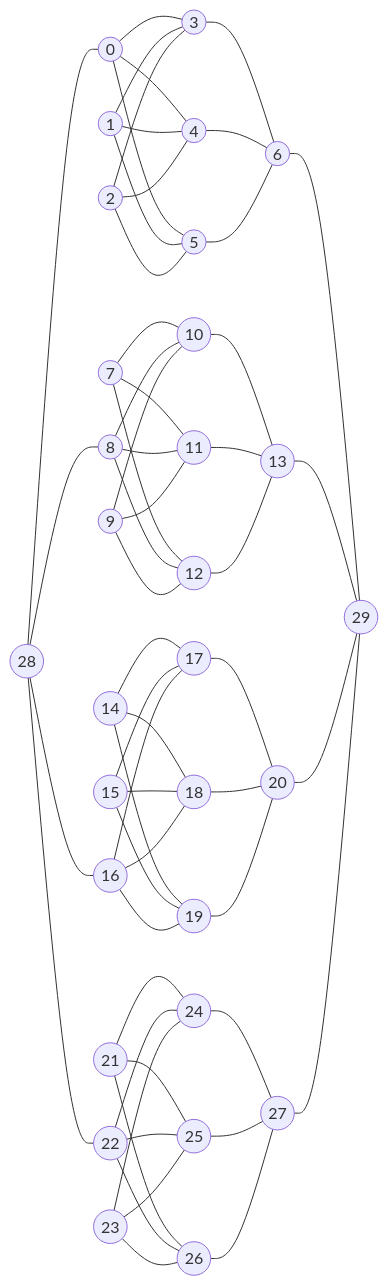
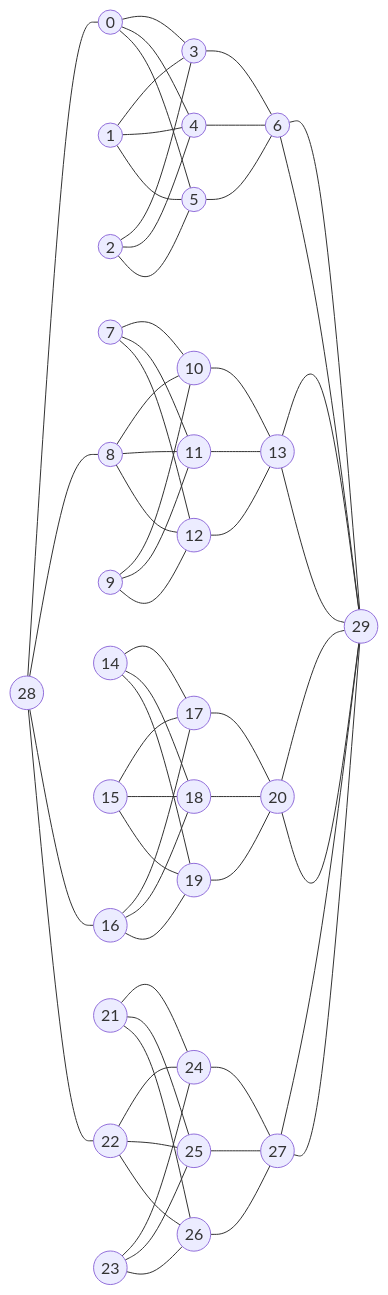
The fifth of 5 diagrams in sem2/AuW/UE/cx/bf/cx12-great-harvest.md (bfeitknecht/vault), drawn with Mermaid before and after one commit. The commit also changed 1 other file, not shown here.

Commit message:
backup: 2024-07-15T08:48:28+02:00 from MacBook Pro (echo)
Affected files:
.obsidian/vault-stats.json
sem2/AuW/UE/cx/bf/cx12-great-harvest.md

````diff
--- a/sem2/AuW/UE/cx/bf/cx12-great-harvest.md
+++ b/sem2/AuW/UE/cx/bf/cx12-great-harvest.md
@@ -227,52 +227,53 @@
 ```mermaid
 flowchart LR
 
 %%%%%%%%%%%%%%%%%%%%%%%%%%%%%%%%%%%%%%%%%%
 
 ids0v1((0))
 ids0v2((1))
 ids0v3((2))
 idt0v1((3))
 idt0v2((4))
 idt0v3((5))
 idc0((6))
 
 ids1v1((7))
 ids1v2((8))
 ids1v3((9))
 idt1v1((10))
 idt1v2((11))
 idt1v3((12))
 idc1((13))
 
 ids2v1((14))
 ids2v2((15))
 ids2v3((16))
 idt2v1((17))
 idt2v2((18))
 idt2v3((19))
 idc2((20))
 
 ids3v1((21))
 ids3v2((22))
 ids3v3((23))
 idt3v1((24))
 idt3v2((25))
 idt3v3((26))
 idc3((27))
 
 idS((28))
 idT((29))
 
 %%%%%%%%%%%%%%%%%%%%%%%%%%%%%%%%%%%%%%%%%%
 
 idS --- ids0v1 & ids1v2 & ids2v3 & ids3v2
 
 ids0v1 & ids0v2 & ids0v3 --- idt0v1 & idt0v2 & idt0v3 --- idc0 --- idT
 ids1v1 & ids1v2 & ids1v3 --- idt1v1 & idt1v2 & idt1v3 --- idc1 --- idT
 ids2v1 & ids2v2 & ids2v3 --- idt2v1 & idt2v2 & idt2v3 --- idc2 --- idT
 ids3v1 & ids3v2 & ids3v3 --- idt3v1 & idt3v2 & idt3v3 --- idc3 --- idT
 
+idc0 & idc1 & idc2 & idc3 --- idT
 
 %%%%%%%%%%%%%%%%%%%%%%%%%%%%%%%%%%%%%%%%%%
 ```
````
